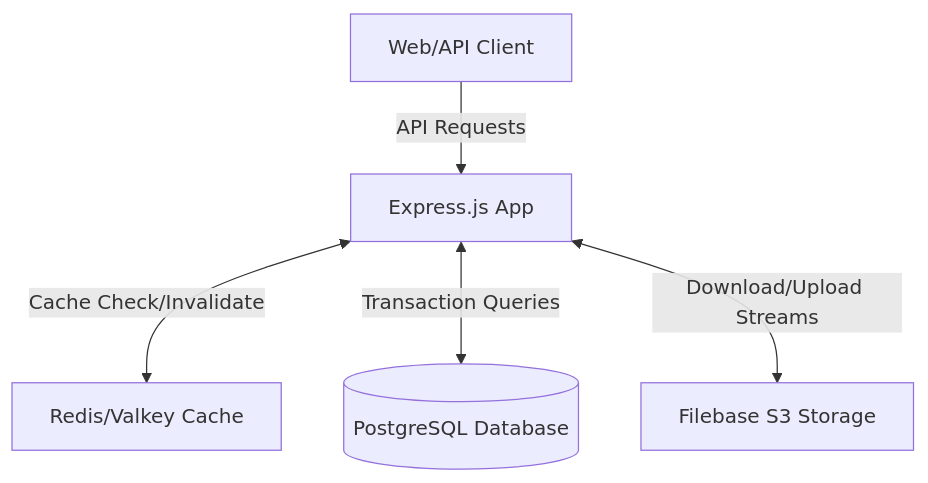
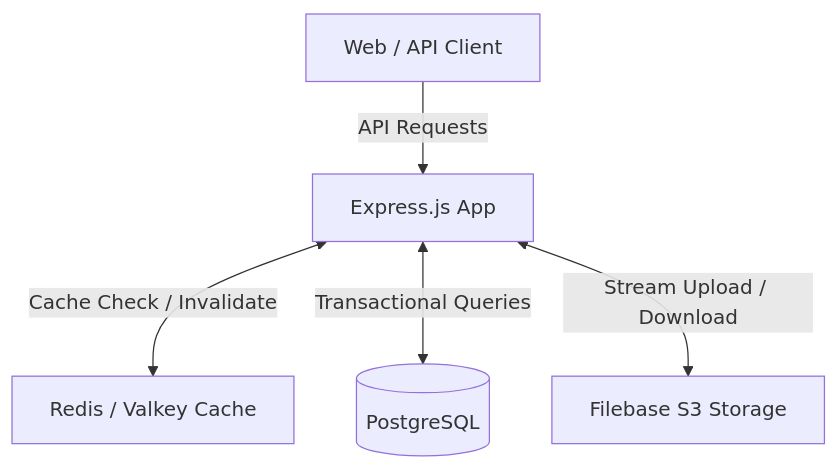
Before and after one commit to Kartik-ins/VaultDrive: the diagram in README.md, drawn with Mermaid. The commit also changed other lines of this file, not shown here.

````diff
--- a/README.md
+++ b/README.md
@@ -47,13 +58,13 @@
 ```mermaid
 graph TD
-    Client[Web/API Client]
+    Client[Web / API Client]
     Express[Express.js App]
-    Redis[Redis/Valkey Cache]
-    DB[(PostgreSQL Database)]
+    Redis[Redis / Valkey Cache]
+    DB[(PostgreSQL)]
     Filebase[Filebase S3 Storage]
 
     Client -->|API Requests| Express
-    Express <-->|Cache Check/Invalidate| Redis
-    Express <-->|Transaction Queries| DB
-    Express <-->|Download/Upload Streams| Filebase
+    Express <-->|Cache Check / Invalidate| Redis
+    Express <-->|Transactional Queries| DB
+    Express <-->|Stream Upload / Download| Filebase
 ```
````
